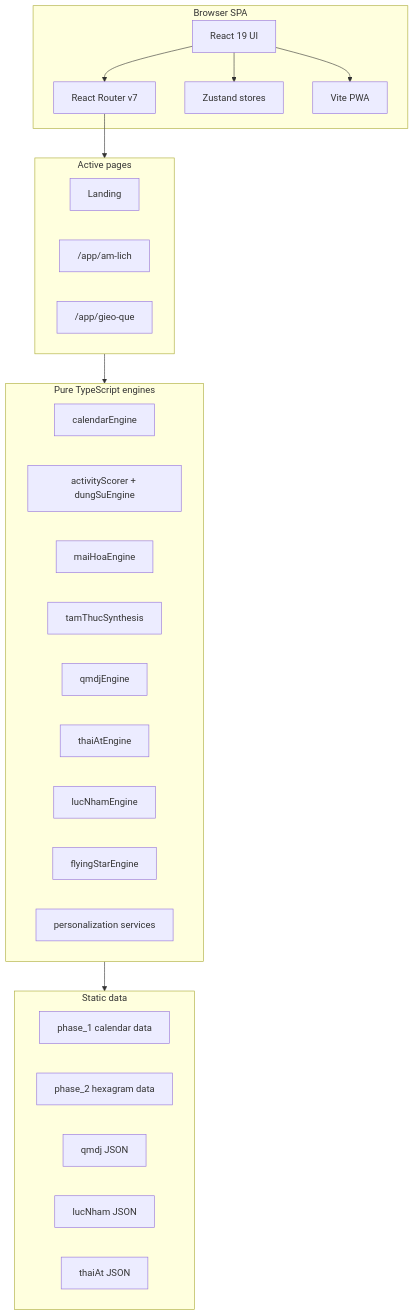
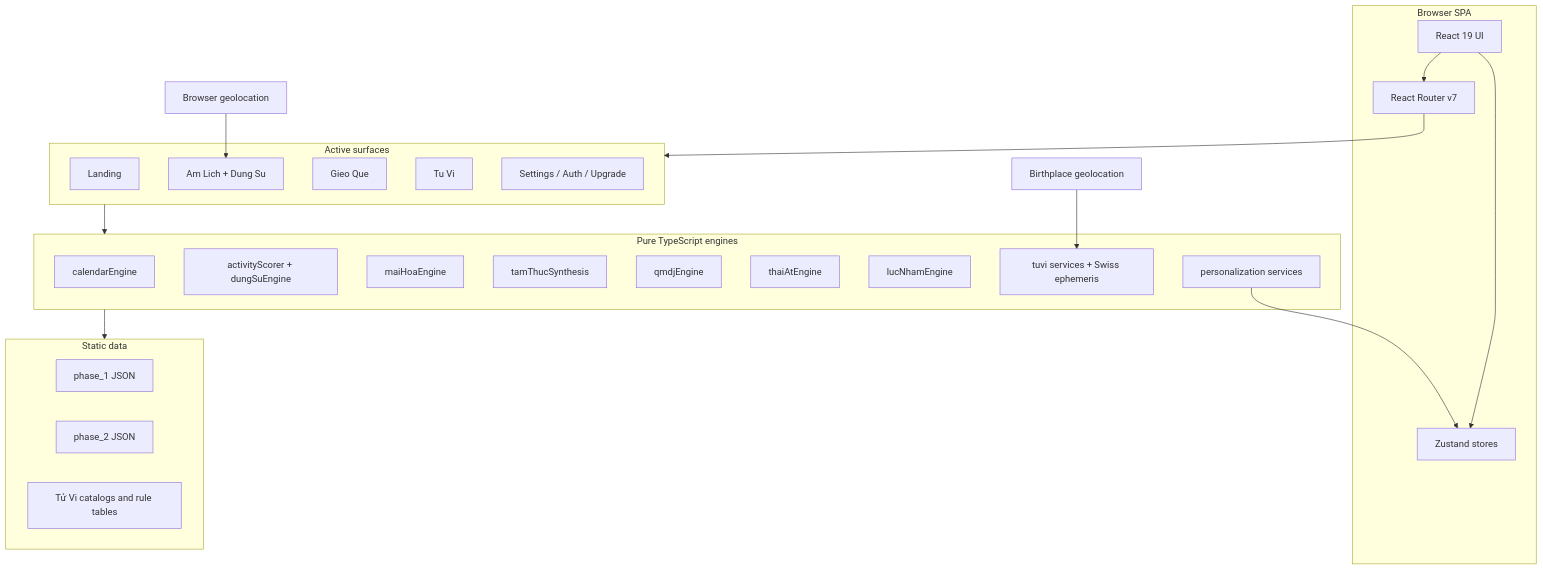
The diagram in README.md (jakessteve/lich-viet), drawn with Mermaid before and after one commit. The commit also changed other lines of this file and 27 other files, not shown here.

````diff
--- a/README.md
+++ b/README.md
@@ -22,41 +46,44 @@
 ```mermaid
 graph TB
     subgraph Browser["Browser SPA"]
         UI["React 19 UI"]
         Router["React Router v7"]
-        Store["Zustand stores"]
-        PWA["Vite PWA"]
+        Stores["Zustand stores"]
     end
 
-    subgraph Pages["Active pages"]
+    subgraph Surfaces["Active surfaces"]
         Landing["Landing"]
-        AmLich["/app/am-lich"]
-        GieoQue["/app/gieo-que"]
+        AmLich["Am Lich + Dung Su"]
+        GieoQue["Gieo Que"]
+        TuVi["Tu Vi"]
+        Support["Settings / Auth / Upgrade"]
     end
 
     subgraph Engines["Pure TypeScript engines"]
         Calendar["calendarEngine"]
         DungSu["activityScorer + dungSuEngine"]
         MaiHoa["maiHoaEngine"]
         TamThuc["tamThucSynthesis"]
         QMDJ["qmdjEngine"]
         ThaiAt["thaiAtEngine"]
         LucNham["lucNhamEngine"]
-        FlyingStar["flyingStarEngine"]
+        TuViEng["tuvi services + Swiss ephemeris"]
         Personal["personalization services"]
     end
 
     subgraph Data["Static data"]
-        Phase1["phase_1 calendar data"]
-        Phase2["phase_2 hexagram data"]
-        QmdjData["qmdj JSON"]
-        LucNhamData["lucNham JSON"]
-        ThaiAtData["thaiAt JSON"]
+        Phase1["phase_1 JSON"]
+        Phase2["phase_2 JSON"]
+        TuViData["Tử Vi catalogs and rule tables"]
     end
 
-    UI --> Router --> Pages
-    UI --> Store
-    UI --> PWA
-    Pages --> Engines
-    Engines --> Data
+    Geo["Browser geolocation"]
+    Birth["Birthplace geolocation"]
+
+    UI --> Router --> Surfaces
+    UI --> Stores
+    Surfaces --> Engines --> Data
+    Geo --> AmLich
+    Birth --> TuViEng
+    Personal --> Stores
 ```
````
